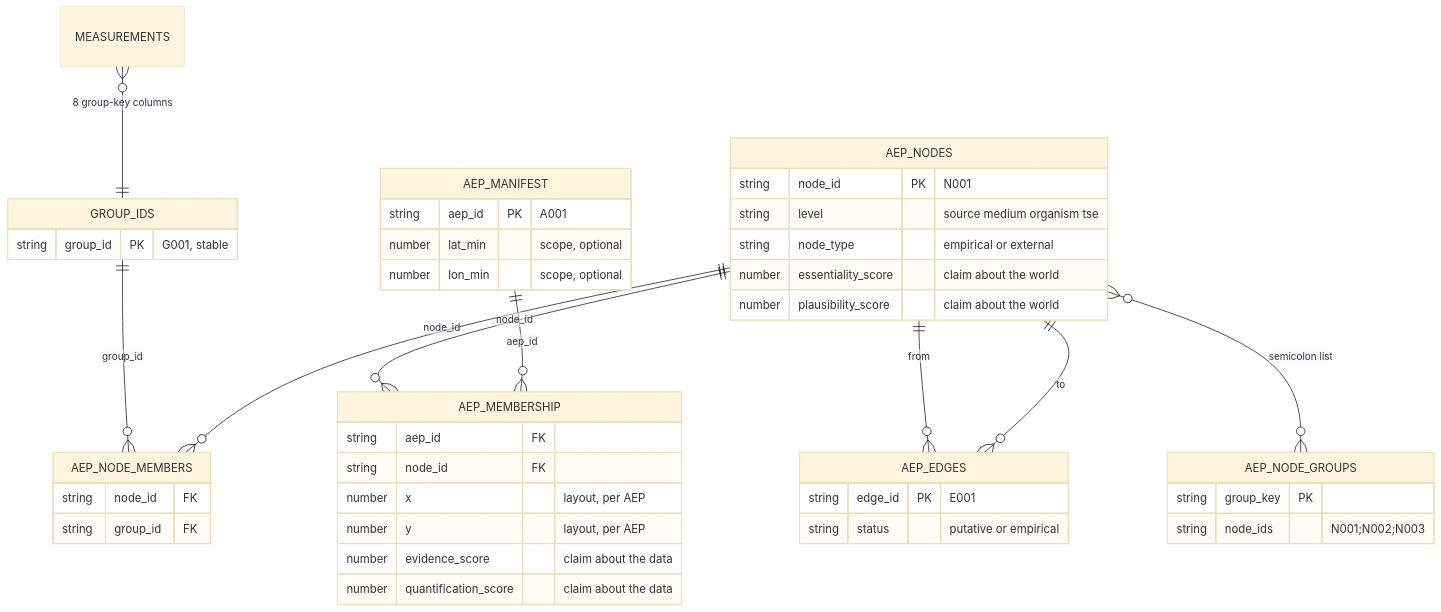
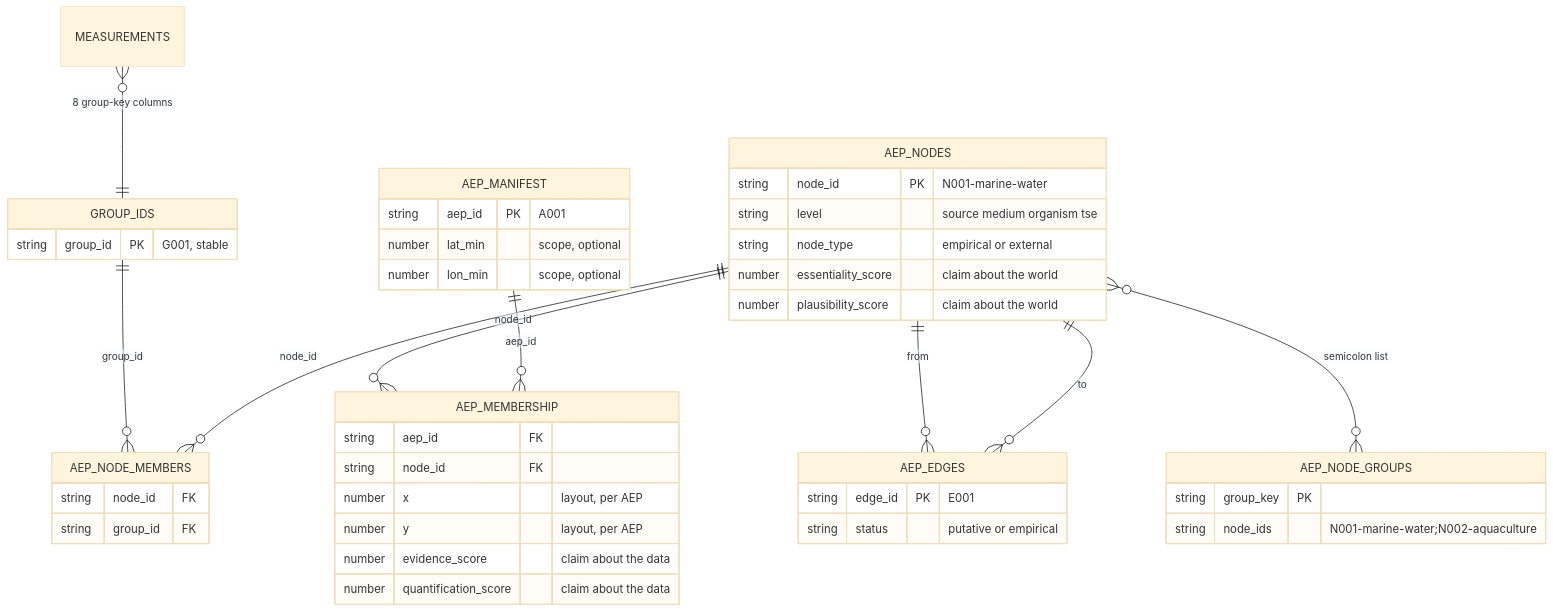
The first of 3 diagrams in docs/AP05-aep.qmd (sawelch-NIVA/EXPECT_AEP_R_Project), drawn with Mermaid (base theme) before and after one commit. The commit also changed other lines of this file and 8 other files, not shown here.

````diff
--- a/docs/AP05-aep.qmd
+++ b/docs/AP05-aep.qmd
@@ -70,49 +70,49 @@
 ```{mermaid}
 %%| label: fig-aep-schema
 %%| fig-cap: "The AEP data model. `||` is exactly one, `o{` is zero or more. The two boxes at the top are not part of this layer: `group_ids` is the stable ledger from `data/clean/decisions/`, and the measurement rows are `literature_analysis_ready`."
 erDiagram
     MEASUREMENTS }o--|| GROUP_IDS : "8 group-key columns"
     GROUP_IDS ||--o{ AEP_NODE_MEMBERS : "group_id"
     AEP_NODES ||--o{ AEP_NODE_MEMBERS : "node_id"
     AEP_NODES ||--o{ AEP_MEMBERSHIP : "node_id"
     AEP_MANIFEST ||--o{ AEP_MEMBERSHIP : "aep_id"
     AEP_NODES ||--o{ AEP_EDGES : "from"
     AEP_NODES ||--o{ AEP_EDGES : "to"
     AEP_NODES }o--o{ AEP_NODE_GROUPS : "semicolon list"
 
     GROUP_IDS {
         string group_id PK "G001, stable"
     }
     AEP_NODES {
-        string node_id PK "N001"
+        string node_id PK "N001-marine-water"
         string level "source medium organism tse"
         string node_type "empirical or external"
         number essentiality_score "claim about the world"
         number plausibility_score "claim about the world"
     }
     AEP_NODE_MEMBERS {
         string node_id FK
         string group_id FK
     }
     AEP_MANIFEST {
         string aep_id PK "A001"
         number lat_min "scope, optional"
         number lon_min "scope, optional"
     }
     AEP_MEMBERSHIP {
         string aep_id FK
         string node_id FK
         number x "layout, per AEP"
         number y "layout, per AEP"
         number evidence_score "claim about the data"
         number quantification_score "claim about the data"
     }
     AEP_EDGES {
         string edge_id PK "E001"
         string status "putative or empirical"
     }
     AEP_NODE_GROUPS {
         string group_key PK
-        string node_ids "N001;N002;N003"
+        string node_ids "N001-marine-water;N002-aquaculture"
     }
 ```
````
